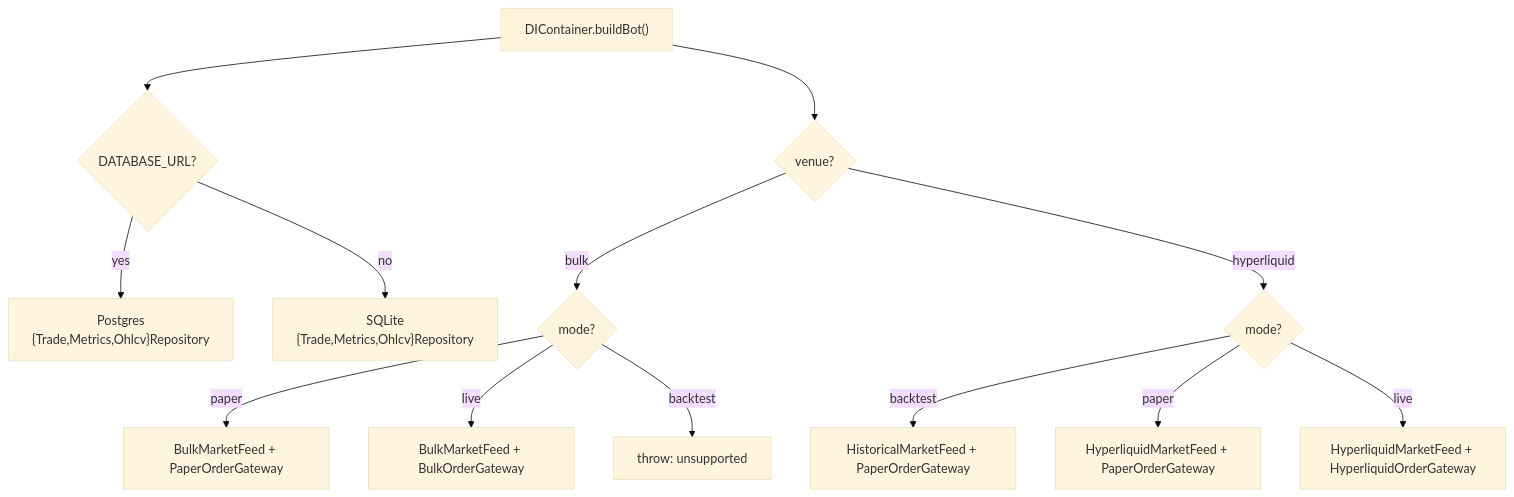
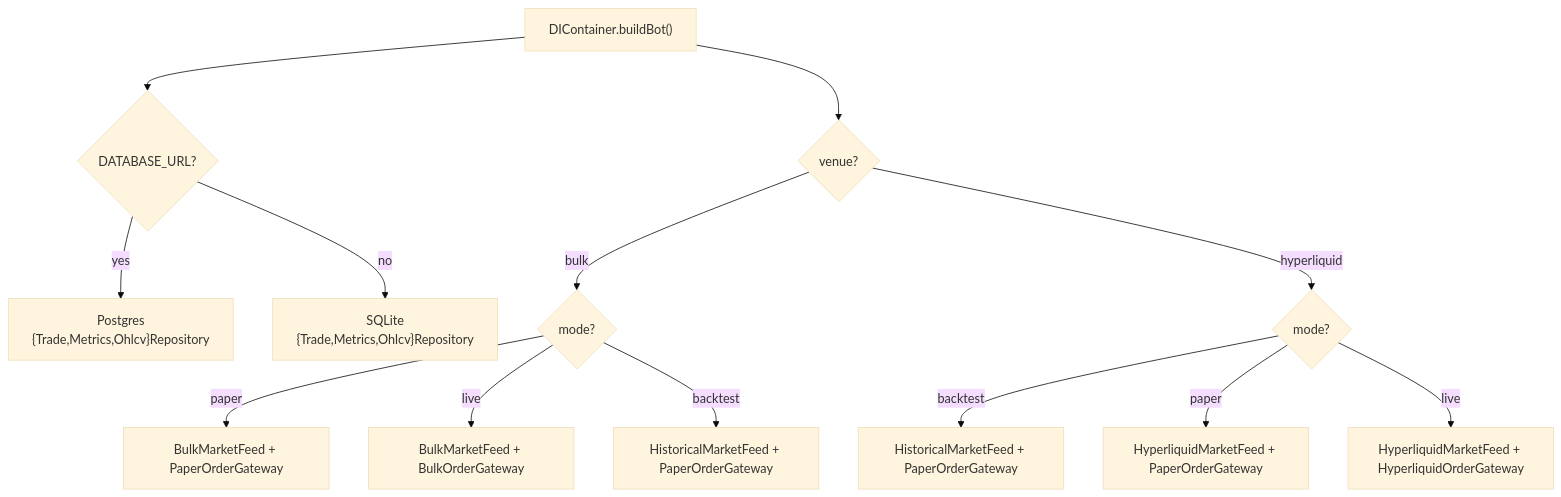
One commit to posaune0423/simple-mm-bot changed the fourth of 8 diagrams in docs/ARCHITECTURE.md. Above: the diagram before and after it, drawn with Mermaid (base theme). The commit also changed other lines of this file and 46 other files, not shown here.

````diff
--- a/docs/ARCHITECTURE.md
+++ b/docs/ARCHITECTURE.md
@@ -210,17 +210,17 @@
 ```mermaid
 flowchart TD
     Start["DIContainer.buildBot()"] --> CR{DATABASE_URL?}
     CR -- yes --> PG["Postgres\n{Trade,Metrics,Ohlcv}Repository"]
     CR -- no  --> SL["SQLite\n{Trade,Metrics,Ohlcv}Repository"]
 
     Start --> V{venue?}
     V -- bulk --> M1{mode?}
     M1 -- paper --> BP["BulkMarketFeed + PaperOrderGateway"]
     M1 -- live  --> BL["BulkMarketFeed + BulkOrderGateway"]
-    M1 -- backtest --> ERR["throw: unsupported"]
+    M1 -- backtest --> BB["HistoricalMarketFeed + PaperOrderGateway"]
 
     V -- hyperliquid --> M2{mode?}
     M2 -- backtest --> HB["HistoricalMarketFeed + PaperOrderGateway"]
     M2 -- paper    --> HP["HyperliquidMarketFeed + PaperOrderGateway"]
     M2 -- live     --> HL["HyperliquidMarketFeed + HyperliquidOrderGateway"]
 ```
````
